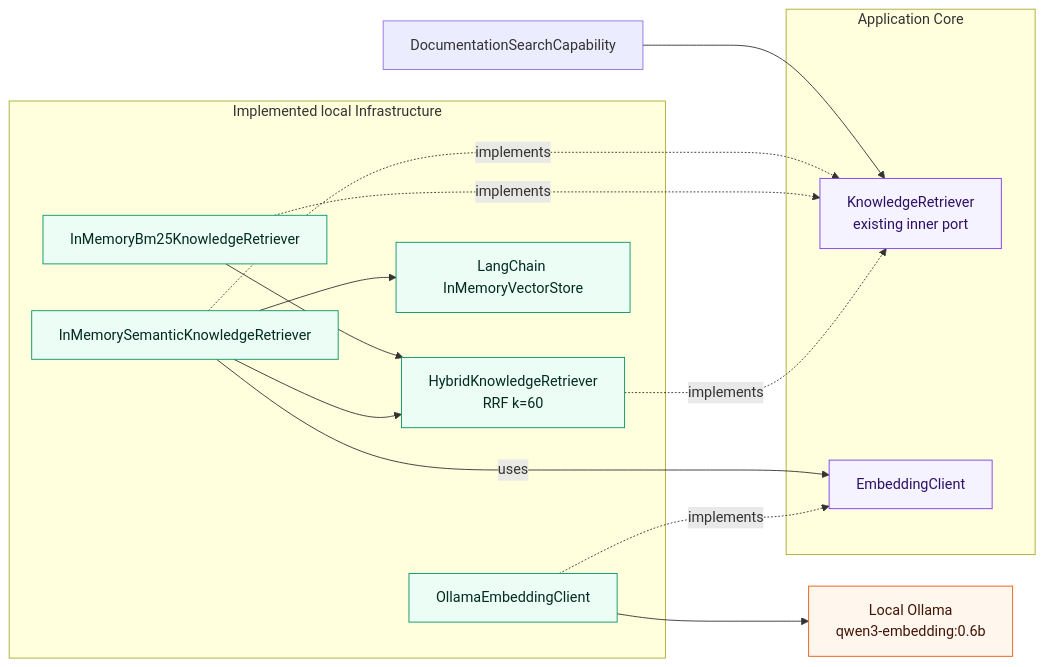
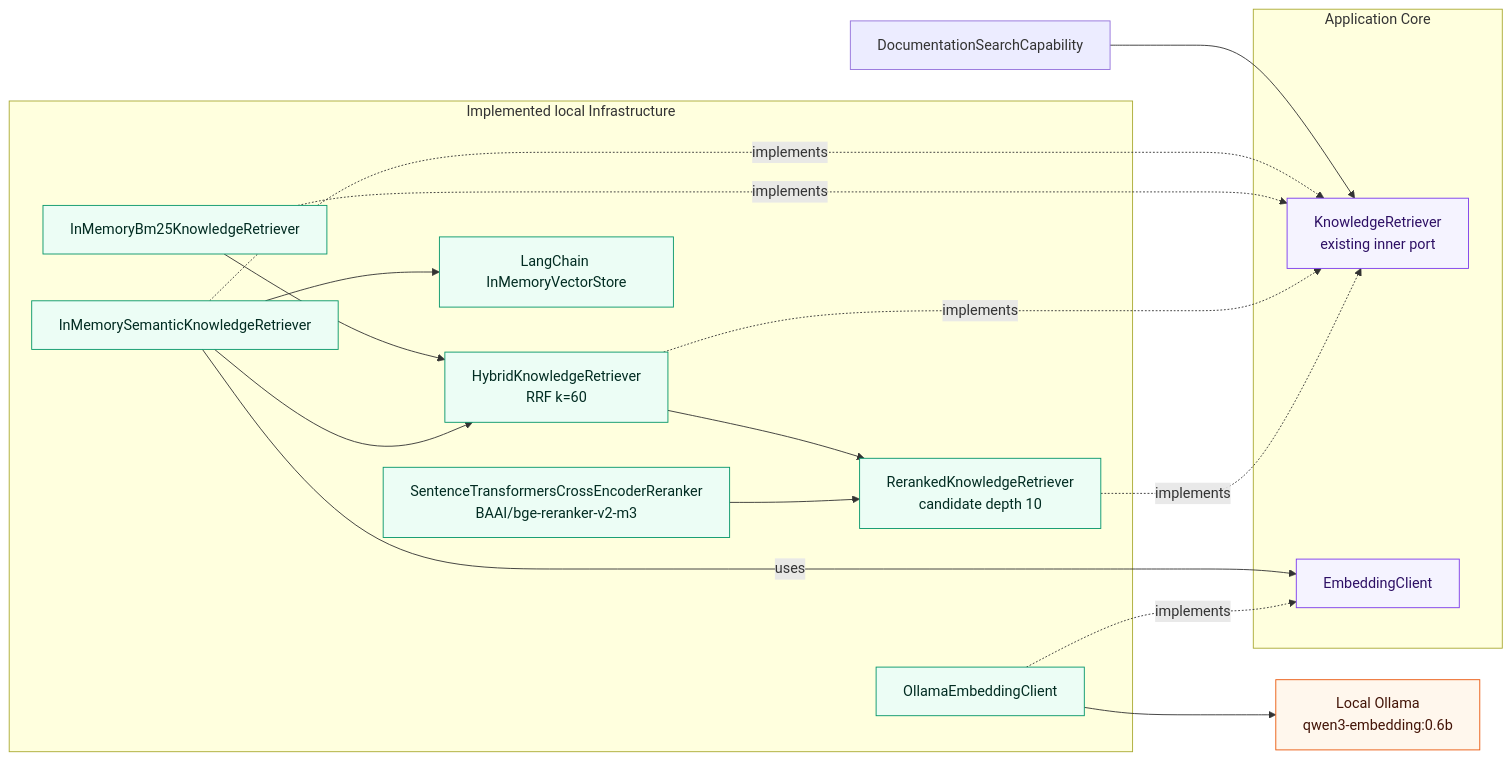
One commit to aboerzel/industrial-ai-agent changed the tenth of 11 diagrams in docs/architecture/overview.md. Above: the diagram before and after it, drawn with Mermaid. The commit also changed other lines of this file and 14 other files, not shown here.

Commit message:
feat: add local cross-encoder reranking

````diff
--- a/docs/architecture/overview.md
+++ b/docs/architecture/overview.md
@@ -583,34 +592,39 @@
 ```mermaid
 flowchart LR
     Capability["DocumentationSearchCapability"] --> KnowledgePort["KnowledgeRetriever<br/>existing inner port"]
 
     subgraph Core["Application Core"]
         KnowledgePort
         EmbeddingPort["EmbeddingClient"]
     end
 
     subgraph Infrastructure["Implemented local Infrastructure"]
         Bm25["InMemoryBm25KnowledgeRetriever"]
         Semantic["InMemorySemanticKnowledgeRetriever"]
         Hybrid["HybridKnowledgeRetriever<br/>RRF k=60"]
+        Reranked["RerankedKnowledgeRetriever<br/>candidate depth 10"]
+        Reranker["SentenceTransformersCrossEncoderReranker<br/>BAAI/bge-reranker-v2-m3"]
         Adapter["OllamaEmbeddingClient"]
         Index["LangChain InMemoryVectorStore"]
     end
 
     Semantic -.->|"implements"| KnowledgePort
     Bm25 -.->|"implements"| KnowledgePort
     Hybrid -.->|"implements"| KnowledgePort
+    Reranked -.->|"implements"| KnowledgePort
     Semantic -->|"uses"| EmbeddingPort
     Adapter -.->|"implements"| EmbeddingPort
     Semantic --> Index
     Bm25 --> Hybrid
     Semantic --> Hybrid
+    Hybrid --> Reranked
+    Reranker --> Reranked
     Adapter --> Model["Local Ollama<br/>qwen3-embedding:0.6b"]
 
     classDef core fill:#f5f3ff,stroke:#7c3aed,color:#2e1065
     classDef adapter fill:#ecfdf5,stroke:#059669,color:#022c22
     classDef external fill:#fff7ed,stroke:#ea580c,color:#431407
     class KnowledgePort,EmbeddingPort core
-    class Bm25,Semantic,Hybrid,Adapter,Index adapter
+    class Bm25,Semantic,Hybrid,Reranked,Reranker,Adapter,Index adapter
     class Model external
 ```
````
